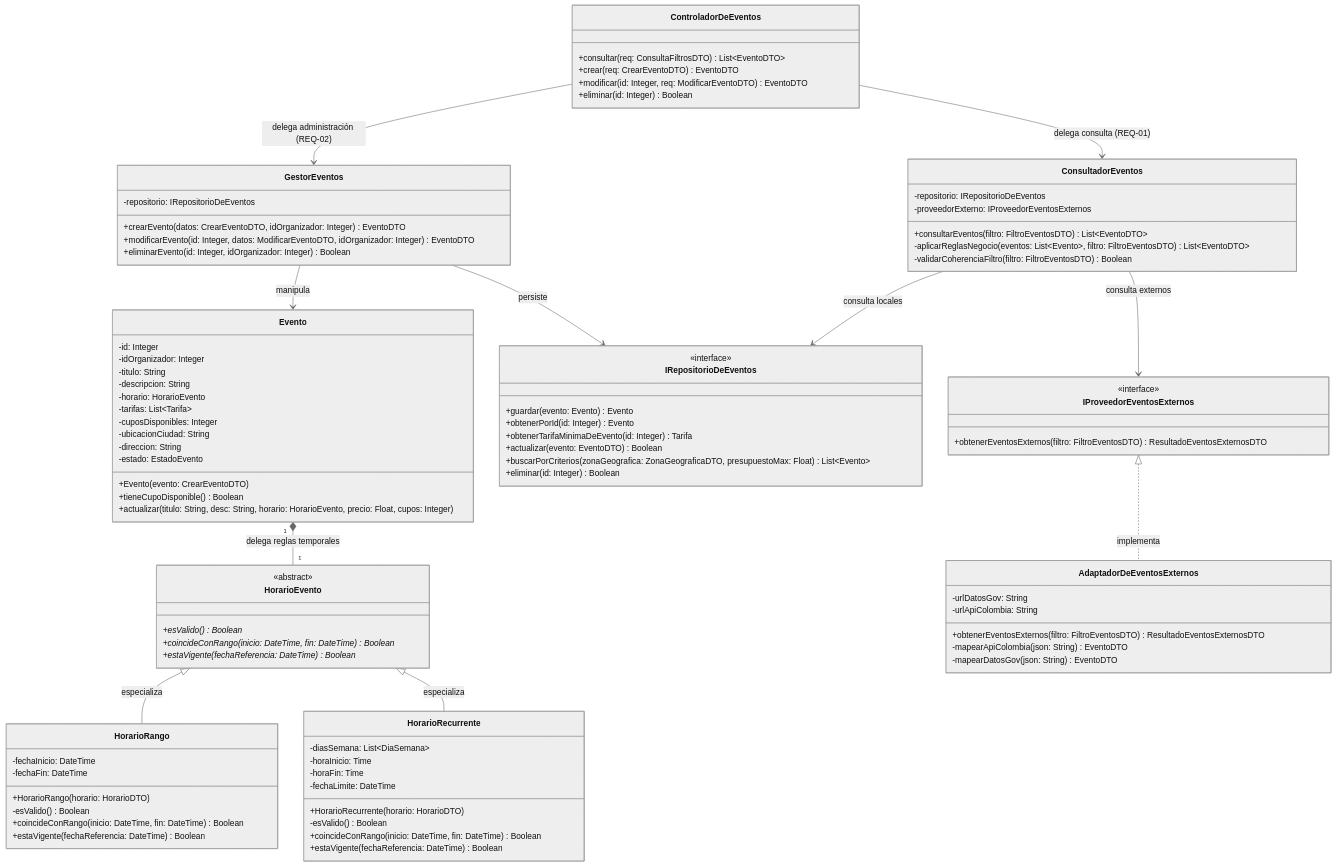
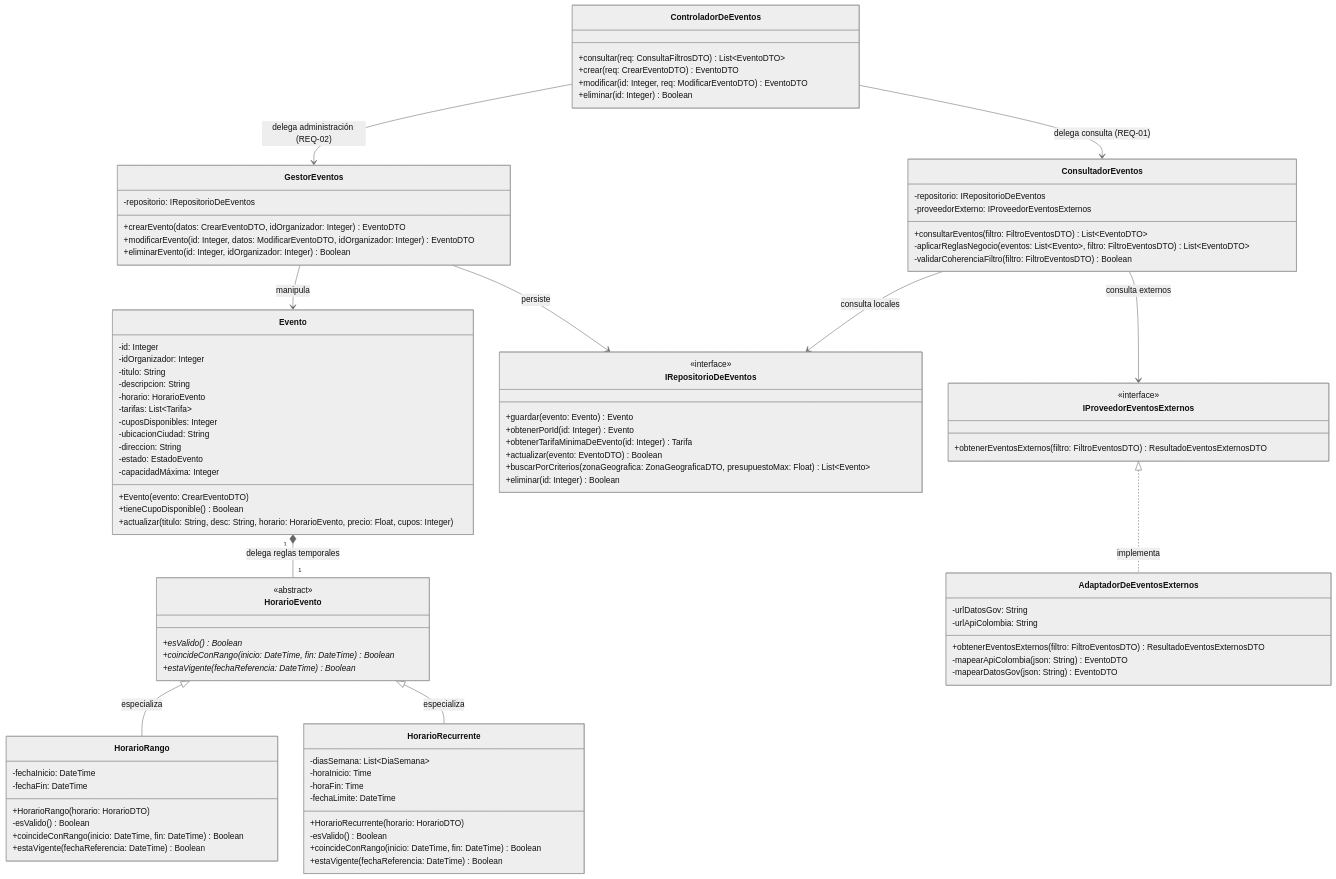
Before and after one commit to ProyectPlanning/Sistema_de_eventos: the second of 3 diagrams in Docs/Design/Diseño Arquitectónico detallado 01.md, drawn with Mermaid (neutral theme).

Commit message:
Add capacidadMáxima property to event details

```diff
--- a/Docs/Design/Diseño Arquitectónico detallado 01.md
+++ b/Docs/Design/Diseño Arquitectónico detallado 01.md
@@ -173,6 +173,7 @@
         -ubicacionCiudad: String
         -direccion: String
         -estado: EstadoEvento
+        -capacidadMáxima: Integer
         +Evento(evento: CrearEventoDTO)
         +tieneCupoDisponible() Boolean
         +actualizar(titulo: String, desc: String, horario: HorarioEvento, precio: Float, cupos: Integer)
```
